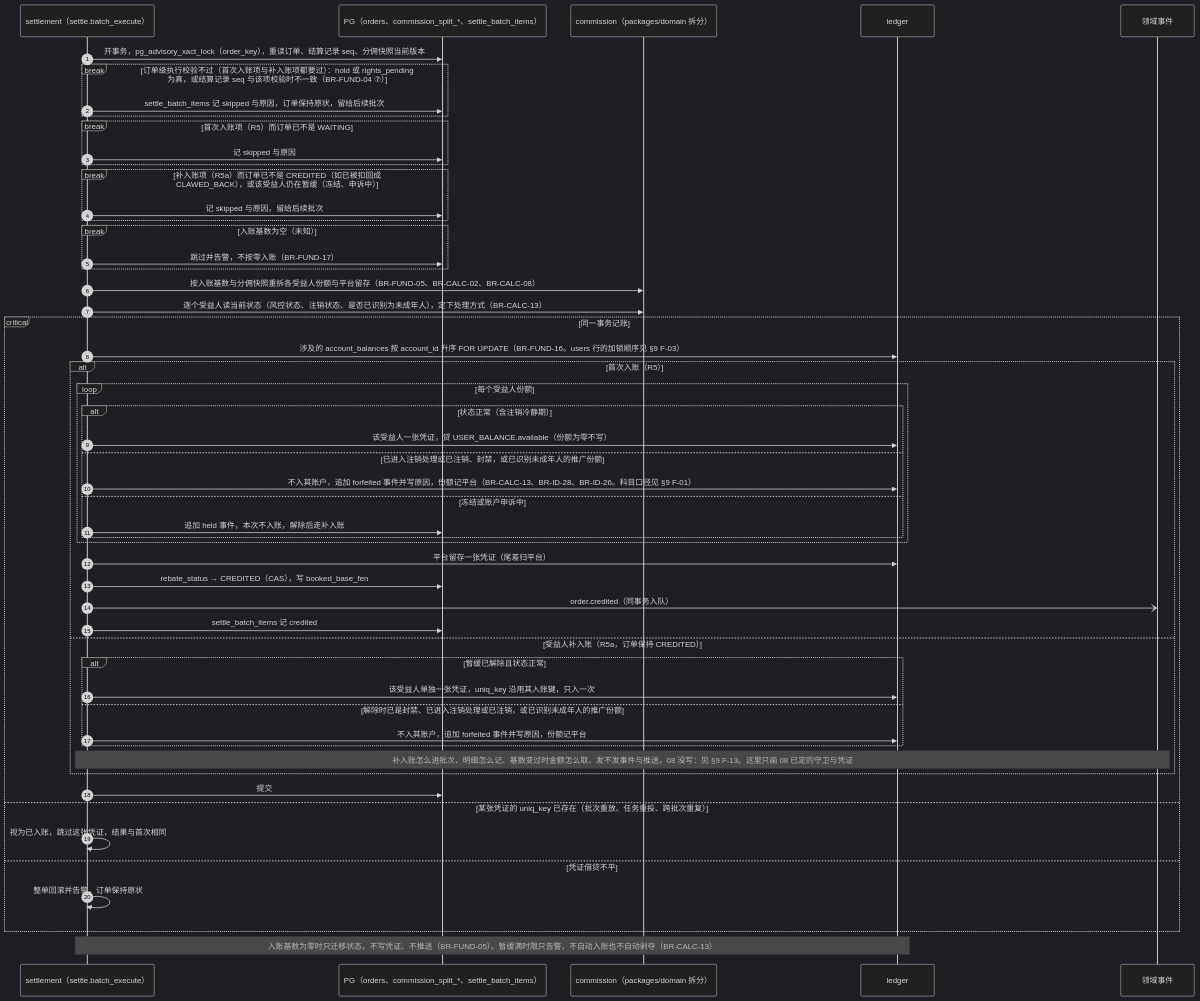
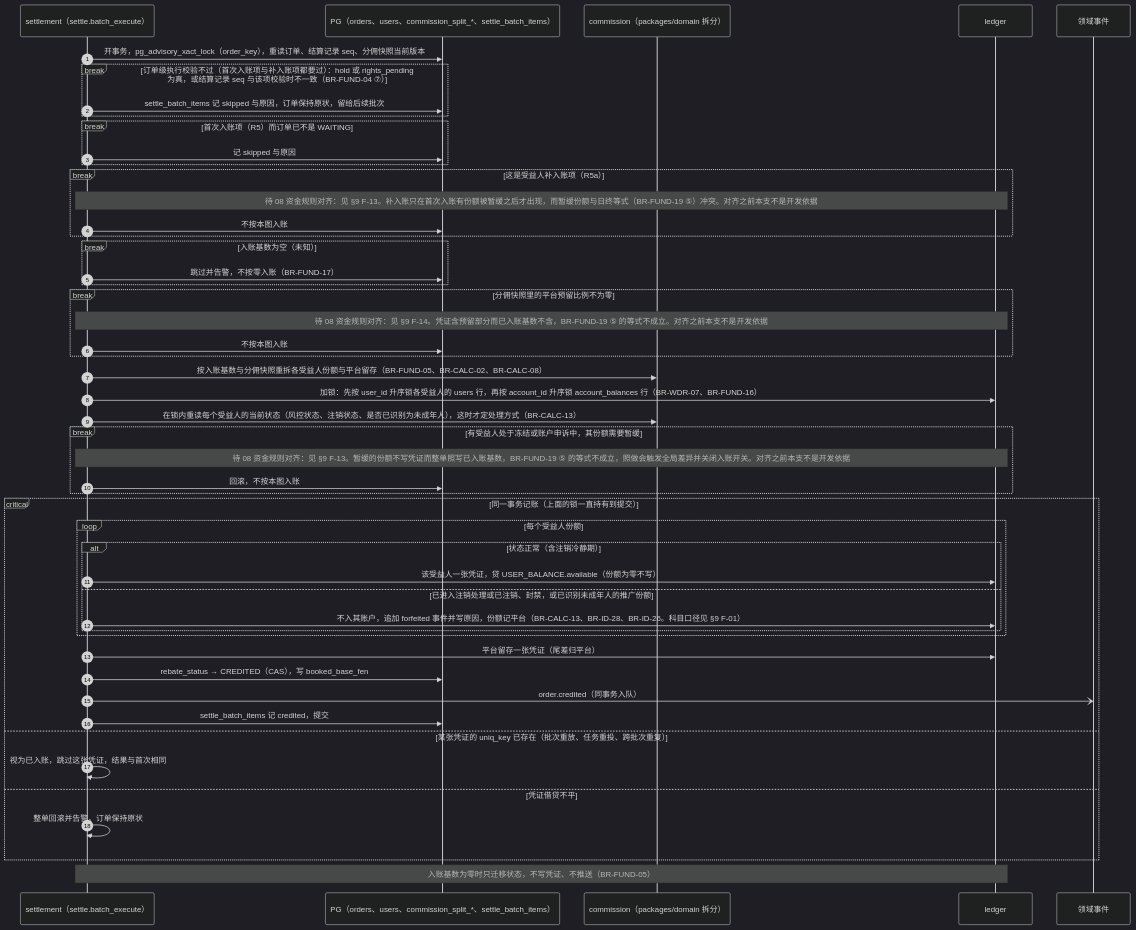
One commit to zora4523-bot/couli changed diagram 18 of 41 in 规划/12_关键流程与状态图.md. Above: the diagram before and after it, drawn with Mermaid (dark theme). The commit also changed other lines of this file, not shown here.

Commit message:
docs(12): section 4.4, lock then re-read beneficiary state; held shares and non-zero reserve wait for the fund-rule alignment (Codex round 3 R03, R08)
- R03: the users rows are locked first (ascending user_id), then the
  balance rows (ascending account_id), and only then is each beneficiary's
  state re-read and the posting decided, in the same transaction as the
  vouchers (BR-WDR-07, BR-FUND-16). A deletion, freeze or ban that commits
  first is seen by the credit.
- R08: two combinations break the BR-FUND-19 (5) end-of-day equation and
  are now non-executing branches until 08 is aligned: a beneficiary whose
  share must be held (and the later top-up R5a), and a snapshot with a
  non-zero platform reserve (section 9 F-13, F-14). The diagram no longer
  posts them.

````diff
--- a/规划/12_关键流程与状态图.md
+++ b/规划/12_关键流程与状态图.md
@@ -1308,56 +1310,53 @@
 ```mermaid
 sequenceDiagram
   autonumber
   participant T as settlement（settle.batch_execute）
-  participant DB as PG（orders、commission_split_*、settle_batch_items）
+  participant DB as PG（orders、users、commission_split_*、settle_batch_items）
   participant M as commission（packages/domain 拆分）
   participant L as ledger
   participant EV as 领域事件
 
   T->>DB: 开事务，pg_advisory_xact_lock（order_key），重读订单、结算记录 seq、分佣快照当前版本
   break 订单级执行校验不过（首次入账项与补入账项都要过）：hold 或 rights_pending 为真，或结算记录 seq 与该项校验时不一致（BR-FUND-04 ⑦）
     T->>DB: settle_batch_items 记 skipped 与原因，订单保持原状，留给后续批次
   end
   break 首次入账项（R5）而订单已不是 WAITING
     T->>DB: 记 skipped 与原因
   end
-  break 补入账项（R5a）而订单已不是 CREDITED（如已被扣回成 CLAWED_BACK），或该受益人仍在暂缓（冻结、申诉中）
-    T->>DB: 记 skipped 与原因，留给后续批次
+  break 这是受益人补入账项（R5a）
+    Note over T,L: 待 08 资金规则对齐：见 §9 F-13。补入账只在首次入账有份额被暂缓之后才出现，而暂缓份额与日终等式（BR-FUND-19 ⑤）冲突。对齐之前本支不是开发依据
+    T->>DB: 不按本图入账
   end
   break 入账基数为空（未知）
     T->>DB: 跳过并告警，不按零入账（BR-FUND-17）
   end
+  break 分佣快照里的平台预留比例不为零
+    Note over T,L: 待 08 资金规则对齐：见 §9 F-14。凭证含预留部分而已入账基数不含，BR-FUND-19 ⑤ 的等式不成立。对齐之前本支不是开发依据
+    T->>DB: 不按本图入账
+  end
   T->>M: 按入账基数与分佣快照重拆各受益人份额与平台留存（BR-FUND-05、BR-CALC-02、BR-CALC-08）
-  T->>M: 逐个受益人读当前状态（风控状态、注销状态、是否已识别为未成年人），定下处理方式（BR-CALC-13）
-  critical 同一事务记账
-    T->>L: 涉及的 account_balances 按 account_id 升序 FOR UPDATE（BR-FUND-16。users 行的加锁顺序见 §9 F-03）
-    alt 首次入账（R5）
-      loop 每个受益人份额
-        alt 状态正常（含注销冷静期）
-          T->>L: 该受益人一张凭证，贷 USER_BALANCE.available（份额为零不写）
-        else 已进入注销处理或已注销、封禁，或已识别未成年人的推广份额
-          T->>L: 不入其账户，追加 forfeited 事件并写原因，份额记平台（BR-CALC-13、BR-ID-28、BR-ID-26。科目口径见 §9 F-01）
-        else 冻结或账户申诉中
-          T->>DB: 追加 held 事件，本次不入账，解除后走补入账
-        end
+  T->>L: 加锁：先按 user_id 升序锁各受益人的 users 行，再按 account_id 升序锁 account_balances 行（BR-WDR-07、BR-FUND-16）
+  T->>M: 在锁内重读每个受益人的当前状态（风控状态、注销状态、是否已识别为未成年人），这时才定处理方式（BR-CALC-13）
+  break 有受益人处于冻结或账户申诉中，其份额需要暂缓
+    Note over T,L: 待 08 资金规则对齐：见 §9 F-13。暂缓的份额不写凭证而整单照写已入账基数，BR-FUND-19 ⑤ 的等式不成立，照做会触发全局差异并关闭入账开关。对齐之前本支不是开发依据
+    T->>DB: 回滚，不按本图入账
+  end
+  critical 同一事务记账（上面的锁一直持有到提交）
+    loop 每个受益人份额
+      alt 状态正常（含注销冷静期）
+        T->>L: 该受益人一张凭证，贷 USER_BALANCE.available（份额为零不写）
+      else 已进入注销处理或已注销、封禁，或已识别未成年人的推广份额
+        T->>L: 不入其账户，追加 forfeited 事件并写原因，份额记平台（BR-CALC-13、BR-ID-28、BR-ID-26。科目口径见 §9 F-01）
       end
-      T->>L: 平台留存一张凭证（尾差归平台）
-      T->>DB: rebate_status → CREDITED（CAS），写 booked_base_fen
-      T-)EV: order.credited（同事务入队）
-      T->>DB: settle_batch_items 记 credited
-    else 受益人补入账（R5a，订单保持 CREDITED）
-      alt 暂缓已解除且状态正常
-        T->>L: 该受益人单独一张凭证，uniq_key 沿用其入账键，只入一次
-      else 解除时已是封禁、已进入注销处理或已注销，或已识别未成年人的推广份额
-        T->>L: 不入其账户，追加 forfeited 事件并写原因，份额记平台
-      end
-      Note over T,EV: 补入账怎么进批次、明细怎么记、基数变过时金额怎么取、发不发事件与推送，08 没写：见 §9 F-13。这里只画 08 已定的守卫与凭证
     end
-    T->>DB: 提交
+    T->>L: 平台留存一张凭证（尾差归平台）
+    T->>DB: rebate_status → CREDITED（CAS），写 booked_base_fen
+    T-)EV: order.credited（同事务入队）
+    T->>DB: settle_batch_items 记 credited，提交
   option 某张凭证的 uniq_key 已存在（批次重放、任务重投、跨批次重复）
     T->>T: 视为已入账，跳过这张凭证，结果与首次相同
   option 凭证借贷不平
     T->>T: 整单回滚并告警，订单保持原状
   end
-  Note over T,L: 入账基数为零时只迁移状态，不写凭证、不推送（BR-FUND-05）。暂缓满时限只告警，不自动入账也不自动剥夺（BR-CALC-13）
+  Note over T,L: 入账基数为零时只迁移状态，不写凭证、不推送（BR-FUND-05）
 ```
````
